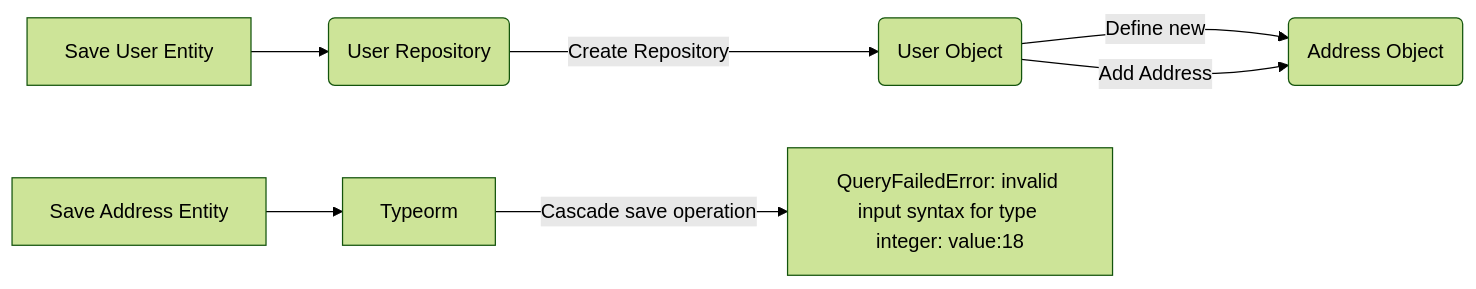
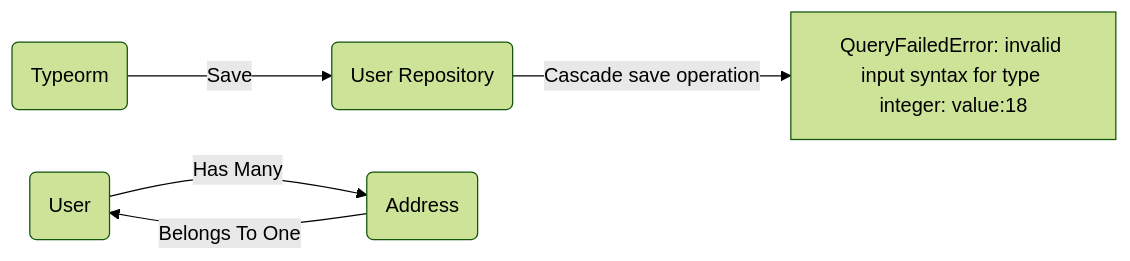
Before and after one commit to thiagomini/id-transformation-issue: the diagram in README.md, drawn with Mermaid (forest theme).

Commit message:
docs: simplify graph

````diff
--- a/README.md
+++ b/README.md
@@ -12,16 +12,12 @@
 ```mermaid
 graph LR
-  A(User Object)
+  A(User)
   B(User Repository)
-  C(Address Object)
+  C(Address)
+  D(Typeorm)
   E["QueryFailedError: invalid input syntax for type integer: value:18"]
-  I[Save User Entity]
-  J[Save Address Entity]
-  K[Typeorm]
-  A -- "Define new" --> C
-  A -- "Add Address" --> C
-  B -- "Create Repository" --> A
-  I --> B
-  J --> K
-  K -- "Cascade save operation" --> E
+  A -- "Has Many" --> C
+  C -- "Belongs To One" --> A
+  D -- "Save" --> B
+  B -- "Cascade save operation" --> E
 ```
````
